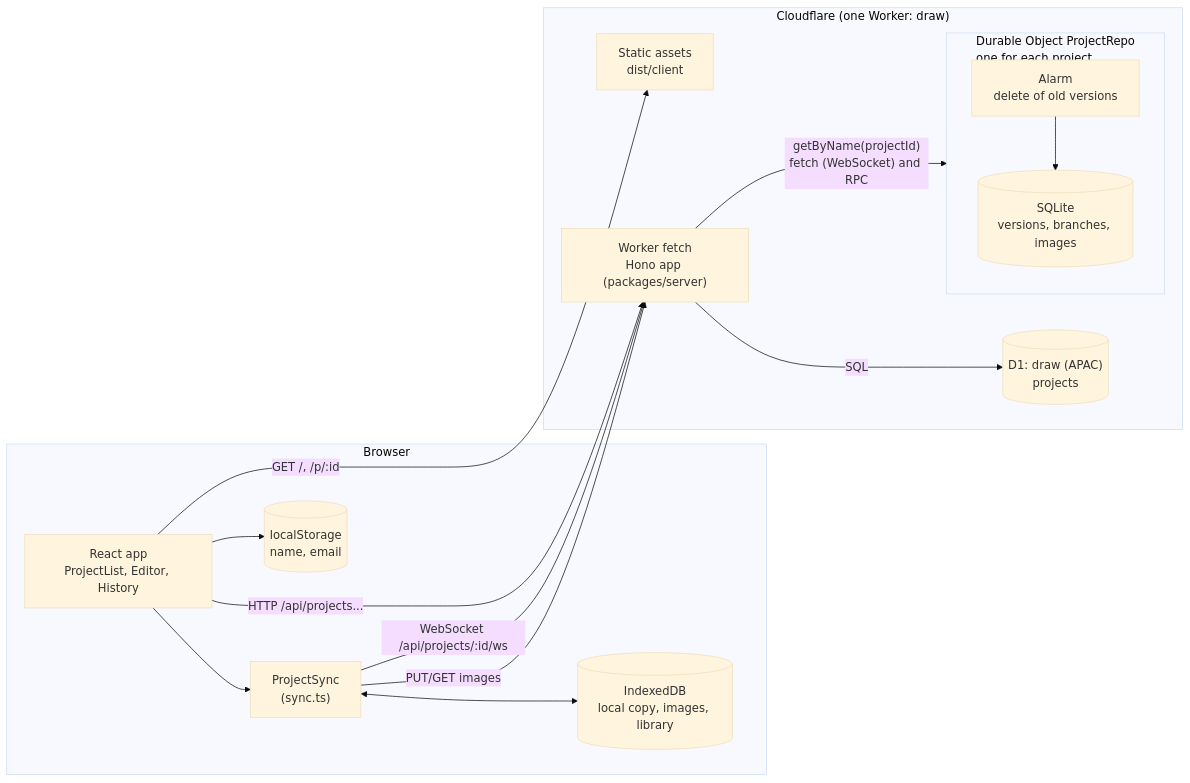
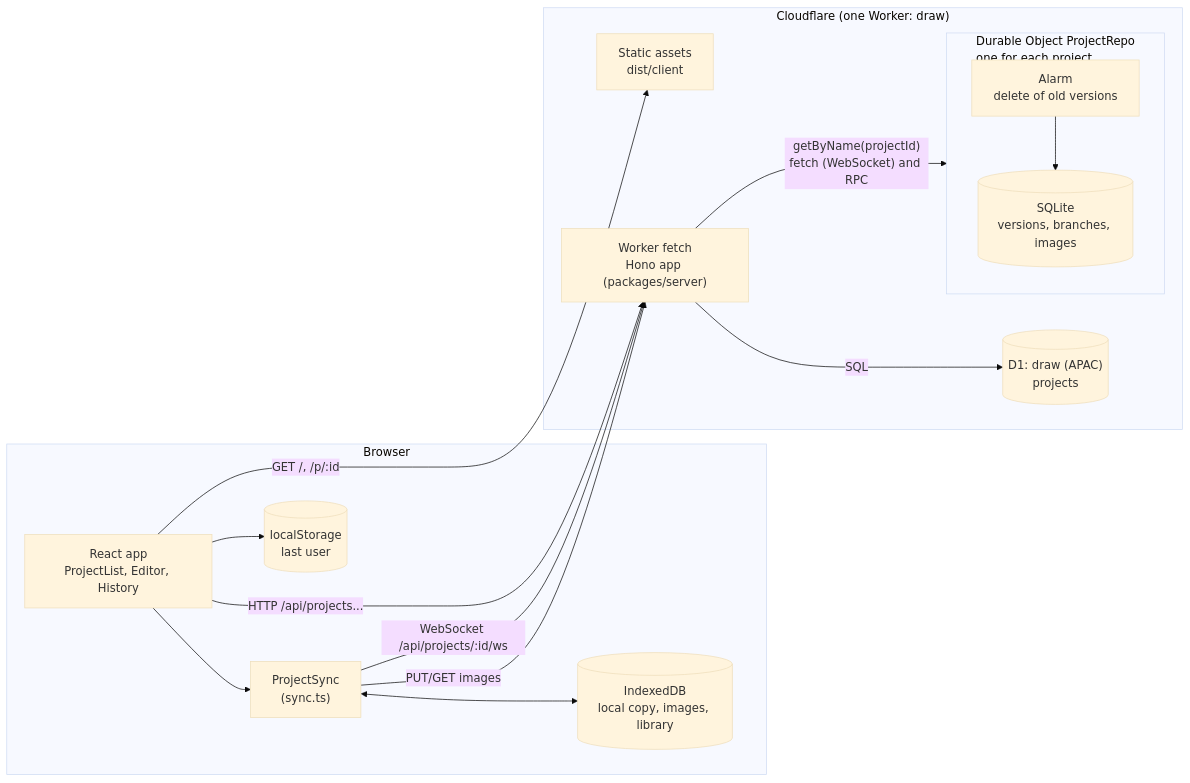
One commit to betty2310/draw changed the first of 2 diagrams in docs/architecture.md. Above: the diagram before and after it, drawn with Mermaid (base theme). The commit also changed other lines of this file and 5 other files, not shown here.

````diff
--- a/docs/architecture.md
+++ b/docs/architecture.md
@@ -18,30 +18,30 @@
 ```mermaid
 flowchart LR
   subgraph Browser
     UI["React app<br/>ProjectList, Editor, History"]
     Sync["ProjectSync<br/>(sync.ts)"]
     IDB[("IndexedDB<br/>local copy, images, library")]
-    LS[("localStorage<br/>name, email")]
+    LS[("localStorage<br/>last user")]
     UI --> Sync
     Sync <--> IDB
     UI --> LS
   end
 
   subgraph Cloudflare["Cloudflare (one Worker: draw)"]
     Assets["Static assets<br/>dist/client"]
     Worker["Worker fetch<br/>Hono app (packages/server)"]
     subgraph DO["Durable Object ProjectRepo<br/>one for each project"]
       SQL[("SQLite<br/>versions, branches, images")]
       Alarm["Alarm<br/>delete of old versions"]
     end
     D1[("D1: draw (APAC)<br/>projects")]
   end
 
   UI -- "GET /, /p/:id" --> Assets
   UI -- "HTTP /api/projects..." --> Worker
   Sync -- "WebSocket /api/projects/:id/ws" --> Worker
   Sync -- "PUT/GET images" --> Worker
   Worker -- "getByName(projectId)<br/>fetch (WebSocket) and RPC" --> DO
   Worker -- "SQL" --> D1
   Alarm --> SQL
 ```
````
